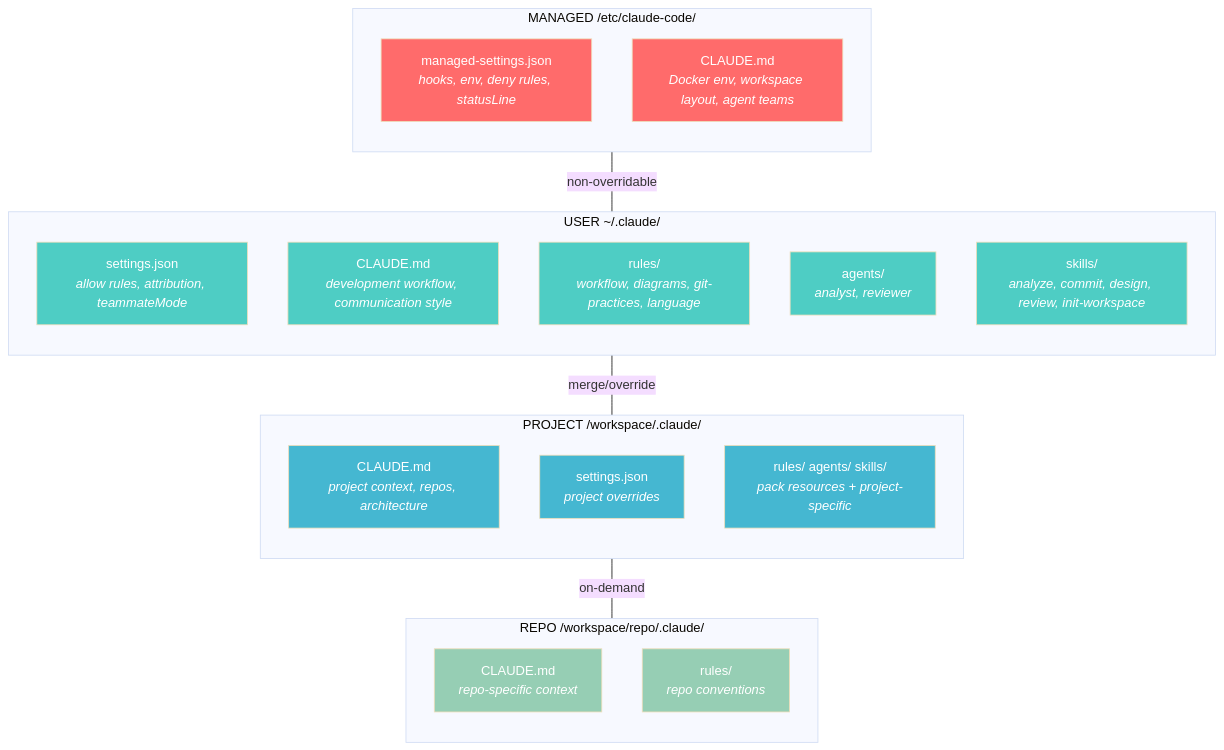
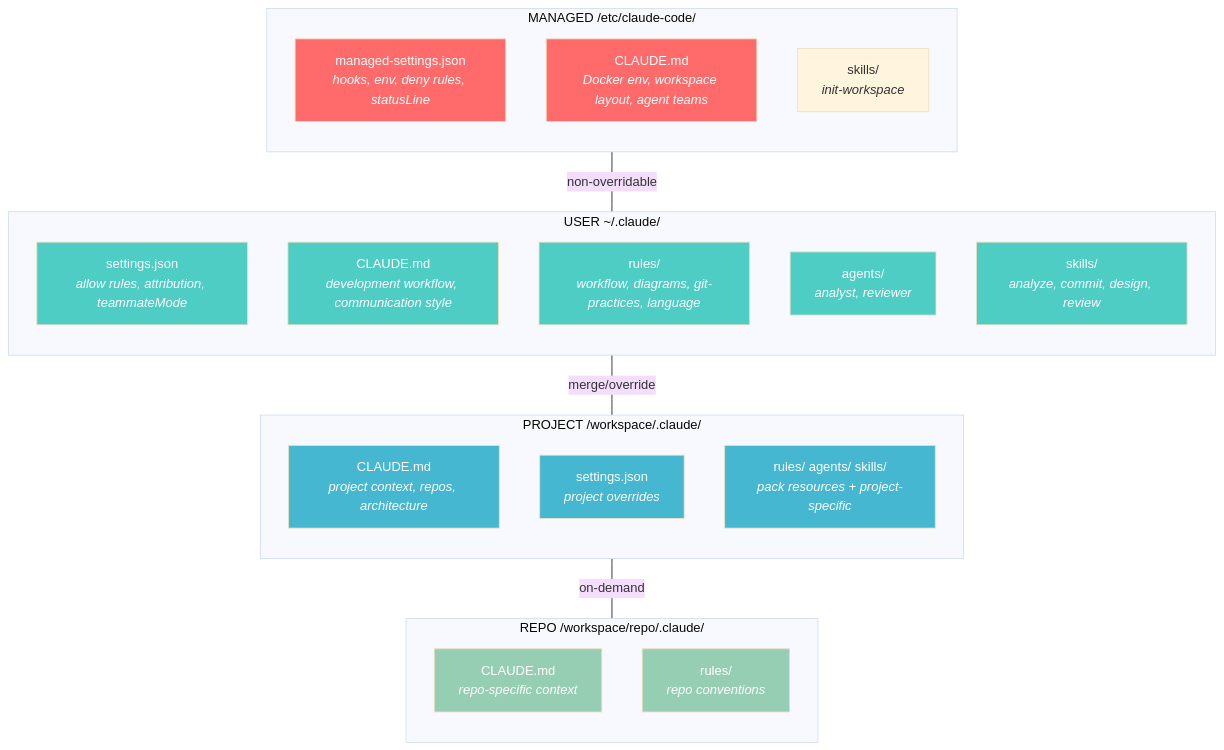
One commit to alergyonthestage/claude-orchestrator changed the first of 2 diagrams in docs/maintainer/scope-design.md. Above: the diagram before and after it, drawn with Mermaid (base theme). The commit also changed other lines of this file and 12 other files, not shown here.

First line of the commit message:
refactor(skills): move init-workspace to managed (enterprise) level

````diff
--- a/docs/maintainer/scope-design.md
+++ b/docs/maintainer/scope-design.md
@@ -13,47 +13,48 @@
 ```mermaid
 graph TB
     subgraph "MANAGED /etc/claude-code/"
         direction TB
         MS["managed-settings.json<br/><i>hooks, env, deny rules, statusLine</i>"]
         MC["CLAUDE.md<br/><i>Docker env, workspace layout, agent teams</i>"]
+        MK["skills/<br/><i>init-workspace</i>"]
     end
 
     subgraph "USER ~/.claude/"
         direction TB
         US["settings.json<br/><i>allow rules, attribution, teammateMode</i>"]
         UC["CLAUDE.md<br/><i>development workflow, communication style</i>"]
         UR["rules/<br/><i>workflow, diagrams, git-practices, language</i>"]
         UA["agents/<br/><i>analyst, reviewer</i>"]
-        UK["skills/<br/><i>analyze, commit, design, review, init-workspace</i>"]
+        UK["skills/<br/><i>analyze, commit, design, review</i>"]
     end
 
     subgraph "PROJECT /workspace/.claude/"
         direction TB
         PC["CLAUDE.md<br/><i>project context, repos, architecture</i>"]
         PS["settings.json<br/><i>project overrides</i>"]
         PR["rules/ agents/ skills/<br/><i>pack resources + project-specific</i>"]
     end
 
     subgraph "REPO /workspace/repo/.claude/"
         direction TB
         RC["CLAUDE.md<br/><i>repo-specific context</i>"]
         RR["rules/<br/><i>repo conventions</i>"]
     end
 
     MS ---|"non-overridable"| US
     US ---|"merge/override"| PS
     PS ---|"on-demand"| RC
 
     style MS fill:#ff6b6b,color:#fff
     style MC fill:#ff6b6b,color:#fff
     style US fill:#4ecdc4,color:#fff
     style UC fill:#4ecdc4,color:#fff
     style UR fill:#4ecdc4,color:#fff
     style UA fill:#4ecdc4,color:#fff
     style UK fill:#4ecdc4,color:#fff
     style PC fill:#45b7d1,color:#fff
     style PS fill:#45b7d1,color:#fff
     style PR fill:#45b7d1,color:#fff
     style RC fill:#96ceb4,color:#fff
     style RR fill:#96ceb4,color:#fff
 ```
````
